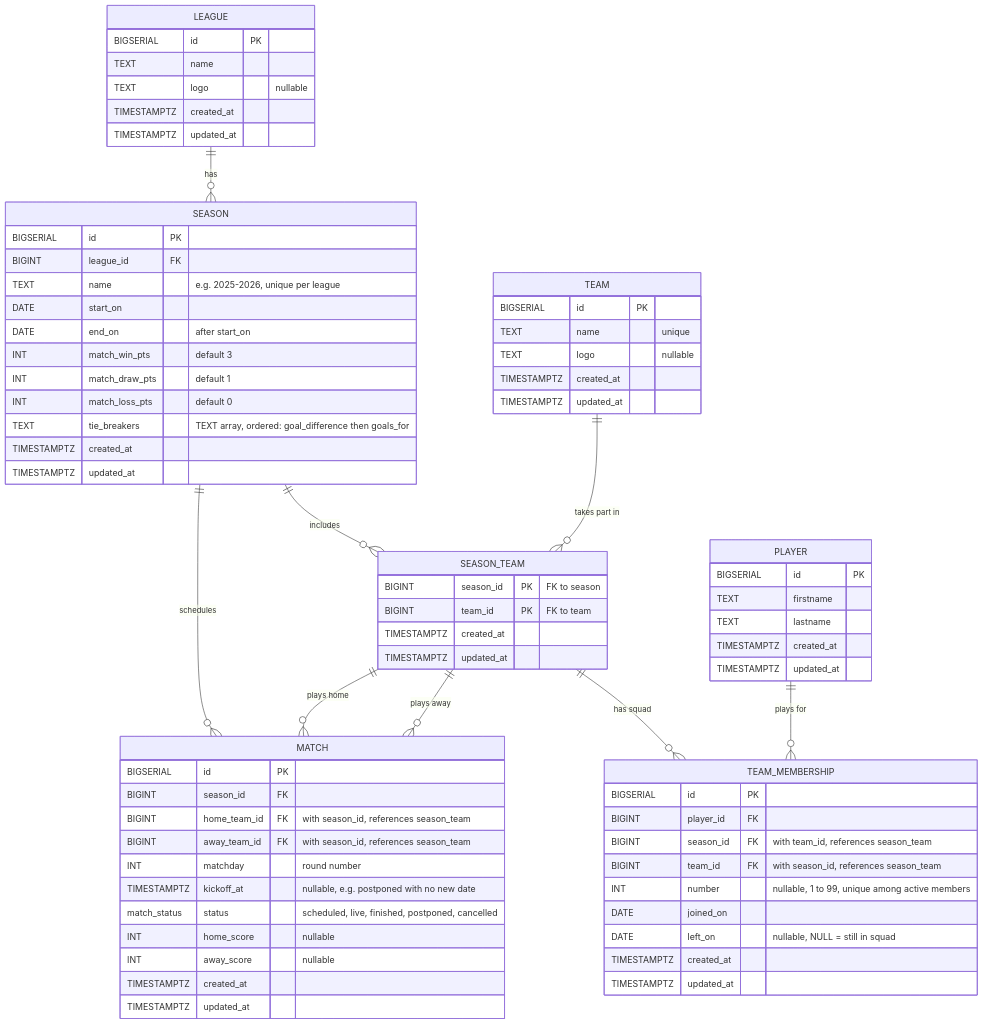
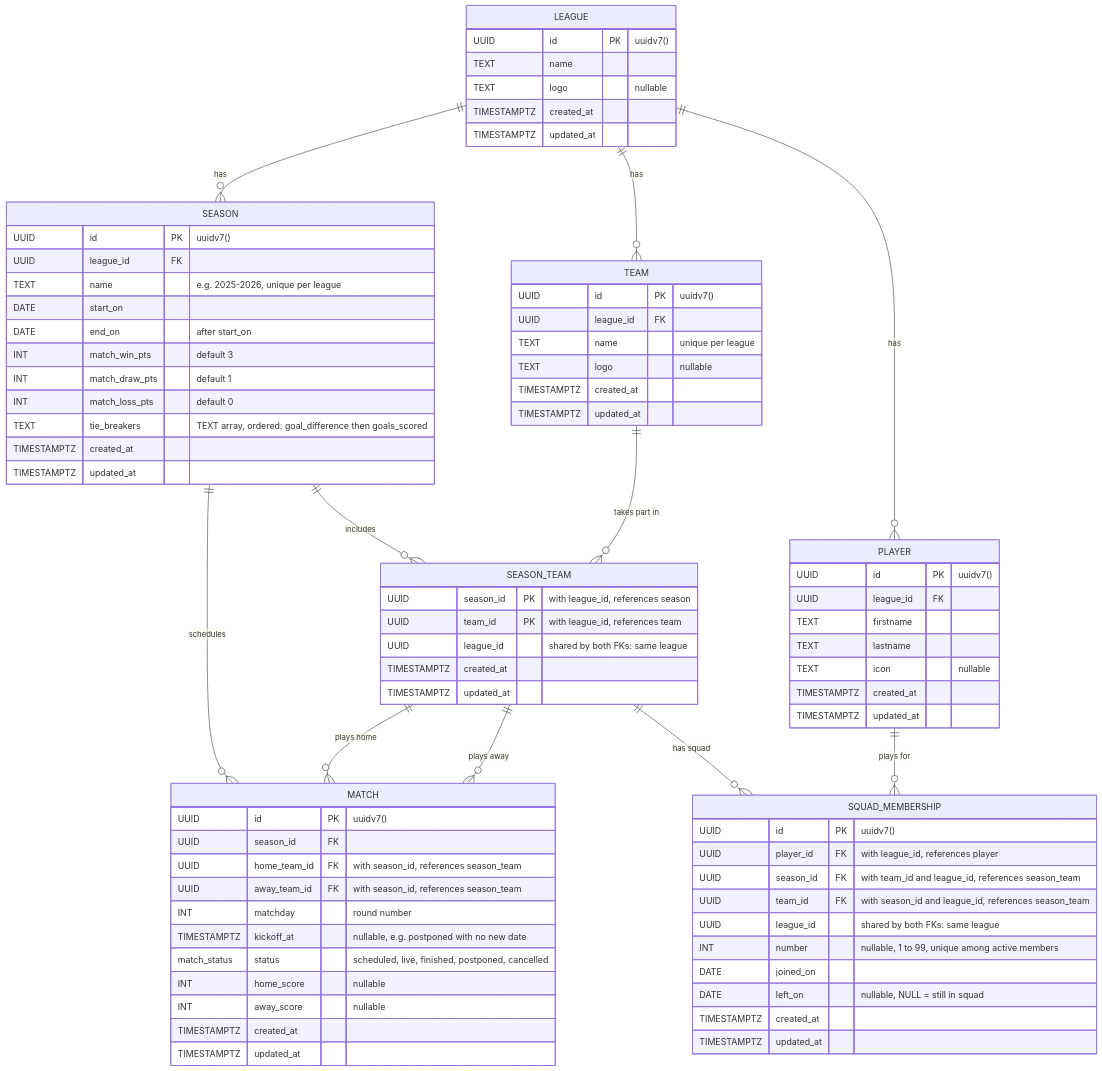
One commit to kejlerj/league-s changed the diagram in README.md. Above: the diagram before and after it, drawn with Mermaid. The commit also changed other lines of this file, not shown here.

Commit message:
docs: describe the schema, the design choices and the endpoints

````diff
--- a/README.md
+++ b/README.md
@@ -14,16 +16,18 @@
 ```mermaid
 erDiagram
     LEAGUE ||--o{ SEASON : has
+    LEAGUE ||--o{ TEAM : has
+    LEAGUE ||--o{ PLAYER : has
     SEASON ||--o{ SEASON_TEAM : includes
     TEAM ||--o{ SEASON_TEAM : "takes part in"
     SEASON ||--o{ MATCH : schedules
     SEASON_TEAM ||--o{ MATCH : "plays home"
     SEASON_TEAM ||--o{ MATCH : "plays away"
-    SEASON_TEAM ||--o{ TEAM_MEMBERSHIP : "has squad"
-    PLAYER ||--o{ TEAM_MEMBERSHIP : "plays for"
+    SEASON_TEAM ||--o{ SQUAD_MEMBERSHIP : "has squad"
+    PLAYER ||--o{ SQUAD_MEMBERSHIP : "plays for"
 
     LEAGUE {
-        BIGSERIAL id PK
+        UUID id PK "uuidv7()"
         TEXT name
         TEXT logo "nullable"
         TIMESTAMPTZ created_at
@@ -31,47 +35,52 @@
     }
 
     SEASON {
-        BIGSERIAL id PK
-        BIGINT league_id FK
+        UUID id PK "uuidv7()"
+        UUID league_id FK
         TEXT name "e.g. 2025-2026, unique per league"
         DATE start_on
         DATE end_on "after start_on"
         INT match_win_pts "default 3"
         INT match_draw_pts "default 1"
         INT match_loss_pts "default 0"
-        TEXT tie_breakers "TEXT array, ordered: goal_difference then goals_for"
+        TEXT tie_breakers "TEXT array, ordered: goal_difference then goals_scored"
         TIMESTAMPTZ created_at
         TIMESTAMPTZ updated_at
     }
 
     TEAM {
-        BIGSERIAL id PK
-        TEXT name "unique"
+        UUID id PK "uuidv7()"
+        UUID league_id FK
+        TEXT name "unique per league"
         TEXT logo "nullable"
         TIMESTAMPTZ created_at
         TIMESTAMPTZ updated_at
     }
 
     SEASON_TEAM {
-        BIGINT season_id PK "FK to season"
-        BIGINT team_id PK "FK to team"
+        UUID season_id PK "with league_id, references season"
+        UUID team_id PK "with league_id, references team"
+        UUID league_id "shared by both FKs: same league"
         TIMESTAMPTZ created_at
         TIMESTAMPTZ updated_at
     }
 
     PLAYER {
-        BIGSERIAL id PK
+        UUID id PK "uuidv7()"
+        UUID league_id FK
         TEXT firstname
         TEXT lastname
+        TEXT icon "nullable"
         TIMESTAMPTZ created_at
         TIMESTAMPTZ updated_at
     }
 
-    TEAM_MEMBERSHIP {
-        BIGSERIAL id PK
-        BIGINT player_id FK
-        BIGINT season_id FK "with team_id, references season_team"
-        BIGINT team_id FK "with season_id, references season_team"
+    SQUAD_MEMBERSHIP {
+        UUID id PK "uuidv7()"
+        UUID player_id FK "with league_id, references player"
+        UUID season_id FK "with team_id and league_id, references season_team"
+        UUID team_id FK "with season_id and league_id, references season_team"
+        UUID league_id "shared by both FKs: same league"
         INT number "nullable, 1 to 99, unique among active members"
         DATE joined_on
         DATE left_on "nullable, NULL = still in squad"
@@ -80,10 +89,10 @@
     }
 
     MATCH {
-        BIGSERIAL id PK
-        BIGINT season_id FK
-        BIGINT home_team_id FK "with season_id, references season_team"
-        BIGINT away_team_id FK "with season_id, references season_team"
+        UUID id PK "uuidv7()"
+        UUID season_id FK
+        UUID home_team_id FK "with season_id, references season_team"
+        UUID away_team_id FK "with season_id, references season_team"
         INT matchday "round number"
         TIMESTAMPTZ kickoff_at "nullable, e.g. postponed with no new date"
         match_status status "scheduled, live, finished, postponed, cancelled"
````
